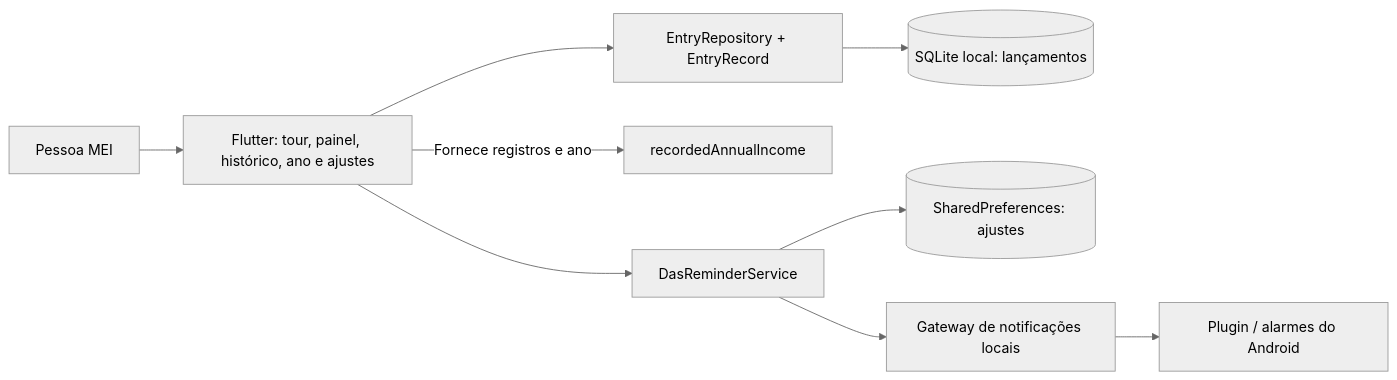
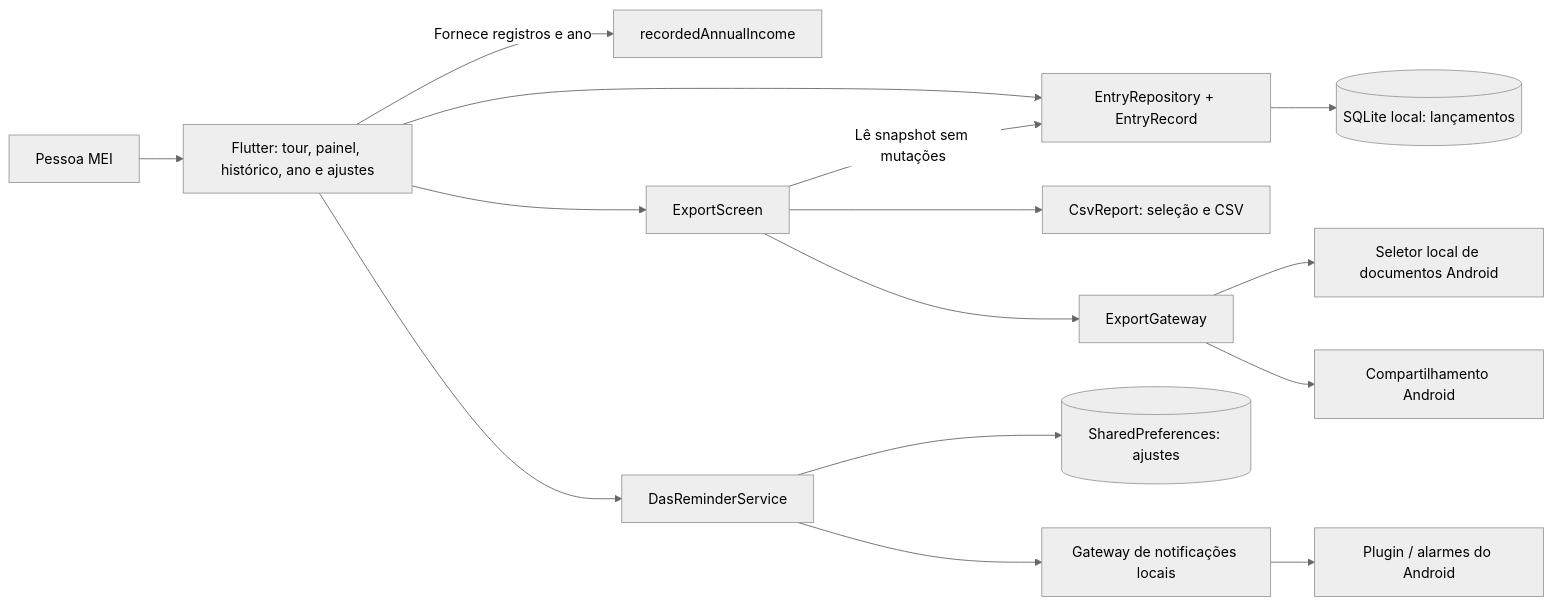
Before and after one commit to Isaqueodev/NotaMei: the diagram in docs/hermes/REQUISITOS-ARQUITETURA.md, drawn with Mermaid (neutral theme). The commit also changed other lines of this file and 15 other files, not shown here.

First line of the commit message:
[verified] feat: adiciona exportação CSV local

````diff
--- a/docs/hermes/REQUISITOS-ARQUITETURA.md
+++ b/docs/hermes/REQUISITOS-ARQUITETURA.md
@@ -42,11 +42,17 @@
 ```mermaid
 flowchart LR
   P[Pessoa MEI] --> UI[Flutter: tour, painel, histórico, ano e ajustes]
   UI --> R[EntryRepository + EntryRecord]
   R --> DB[(SQLite local: lançamentos)]
   UI -->|Fornece registros e ano| ANO[recordedAnnualIncome]
+  UI --> EX[ExportScreen]
+  EX -->|Lê snapshot sem mutações| R
+  EX --> CSV[CsvReport: seleção e CSV]
+  EX --> EG[ExportGateway]
+  EG --> DOC[Seletor local de documentos Android]
+  EG --> SHARE[Compartilhamento Android]
   UI --> S[DasReminderService]
   S --> PREF[(SharedPreferences: ajustes)]
   S --> G[Gateway de notificações locais]
   G --> ANDROID[Plugin / alarmes do Android]
 ```
````
